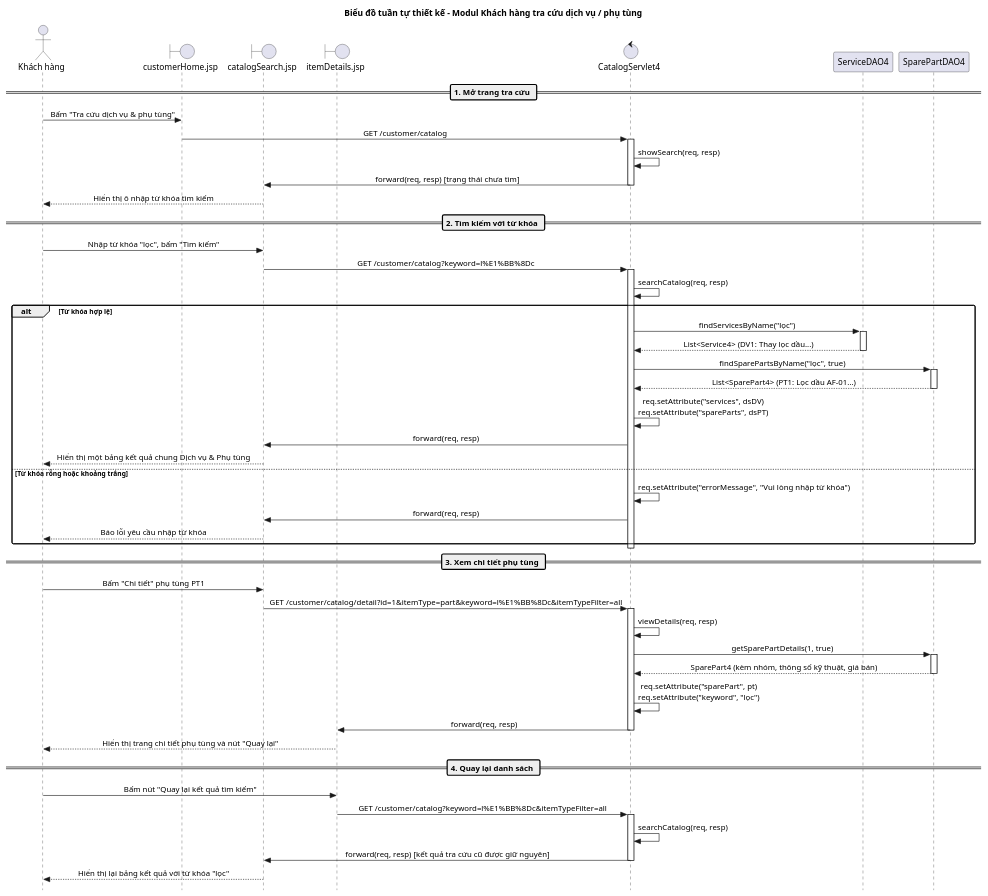
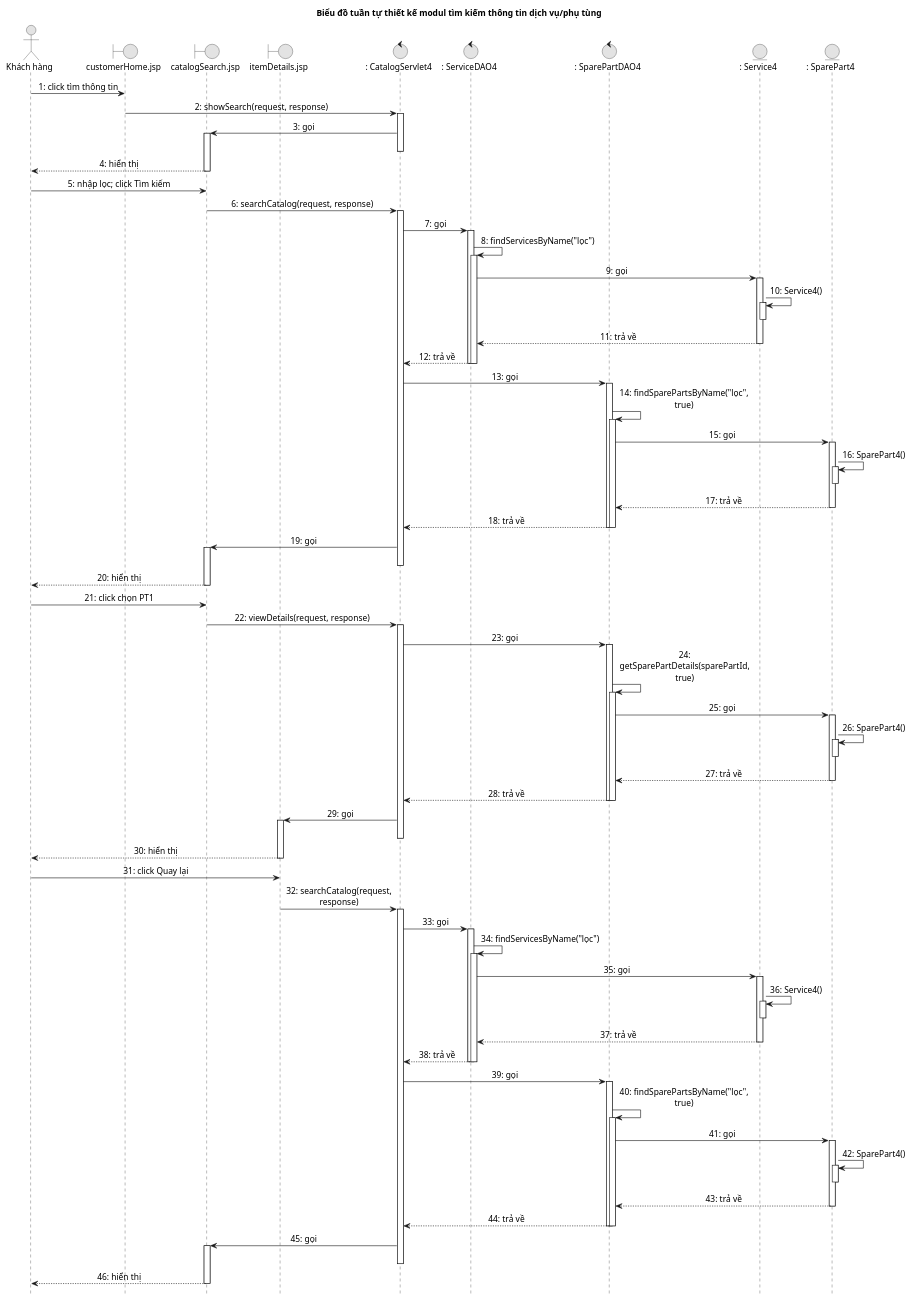
One commit to thanhdt05/Garaman changed the diagram in app/docs/diagrams/tuan_tu_tra_cuu.puml. Above: the diagram before and after it, drawn with PlantUML. The commit also changed 23 other files, not shown here.

```diff
--- a/app/docs/diagrams/tuan_tu_tra_cuu.puml
+++ b/app/docs/diagrams/tuan_tu_tra_cuu.puml
@@ -1,77 +1,125 @@
 @startuml
-skinparam style strictuml
+skinparam monochrome true
+skinparam shadowing false
+skinparam defaultFontName "Times New Roman"
+skinparam defaultFontSize 14
 skinparam sequenceMessageAlign center
-skinparam shadowing false
-skinparam roundcorner 5
+skinparam maxMessageSize 240
+skinparam ParticipantPadding 16
+skinparam responseMessageBelowArrow true
+hide footbox
 
-actor "Khách hàng" as Khach
-boundary "customerHome.jsp" as UI_Home
-boundary "catalogSearch.jsp" as UI_Search
-boundary "itemDetails.jsp" as UI_Detail
-control "CatalogServlet4" as Servlet
-participant "ServiceDAO4" as ServiceDAO
-participant "SparePartDAO4" as PartDAO
+title Biểu đồ tuần tự thiết kế modul tìm kiếm thông tin dịch vụ/phụ tùng
+actor "Khách hàng" as A
+boundary "customerHome.jsp" as Home
+boundary "catalogSearch.jsp" as Search
+boundary "itemDetails.jsp" as Detail
+control ": CatalogServlet4" as C
+control ": ServiceDAO4" as SD
+control ": SparePartDAO4" as PD
+entity ": Service4" as S
+entity ": SparePart4" as P
 
-title Biểu đồ tuần tự thiết kế - Modul Khách hàng tra cứu dịch vụ / phụ tùng
-
-== 1. Mở trang tra cứu ==
-Khach -> UI_Home : Bấm "Tra cứu dịch vụ & phụ tùng"
-UI_Home -> Servlet : GET /customer/catalog
-activate Servlet
-Servlet -> Servlet : showSearch(req, resp)
-Servlet -> UI_Search : forward(req, resp) [trạng thái chưa tìm]
-deactivate Servlet
-UI_Search --> Khach : Hiển thị ô nhập từ khóa tìm kiếm
-
-== 2. Tìm kiếm với từ khóa ==
-Khach -> UI_Search : Nhập từ khóa "lọc", bấm "Tìm kiếm"
-UI_Search -> Servlet : GET /customer/catalog?keyword=l%E1%BB%8Dc
-activate Servlet
-Servlet -> Servlet : searchCatalog(req, resp)
-
-alt Từ khóa hợp lệ
-    Servlet -> ServiceDAO : findServicesByName("lọc")
-    activate ServiceDAO
-    ServiceDAO --> Servlet : List<Service4> (DV1: Thay lọc dầu...)
-    deactivate ServiceDAO
-
-    Servlet -> PartDAO : findSparePartsByName("lọc", true)
-    activate PartDAO
-    PartDAO --> Servlet : List<SparePart4> (PT1: Lọc dầu AF-01...)
-    deactivate PartDAO
-
-    Servlet -> Servlet : req.setAttribute("services", dsDV)\nreq.setAttribute("spareParts", dsPT)
-    Servlet -> UI_Search : forward(req, resp)
-    UI_Search --> Khach : Hiển thị một bảng kết quả chung Dịch vụ & Phụ tùng
-else Từ khóa rỗng hoặc khoảng trắng
-    Servlet -> Servlet : req.setAttribute("errorMessage", "Vui lòng nhập từ khóa")
-    Servlet -> UI_Search : forward(req, resp)
-    UI_Search --> Khach : Báo lỗi yêu cầu nhập từ khóa
-end
-deactivate Servlet
-
-== 3. Xem chi tiết phụ tùng ==
-Khach -> UI_Search : Bấm "Chi tiết" phụ tùng PT1
-UI_Search -> Servlet : GET /customer/catalog/detail?id=1&itemType=part&keyword=l%E1%BB%8Dc&itemTypeFilter=all
-activate Servlet
-Servlet -> Servlet : viewDetails(req, resp)
-Servlet -> PartDAO : getSparePartDetails(1, true)
-activate PartDAO
-PartDAO --> Servlet : SparePart4 (kèm nhóm, thông số kỹ thuật, giá bán)
-deactivate PartDAO
-
-Servlet -> Servlet : req.setAttribute("sparePart", pt)\nreq.setAttribute("keyword", "lọc")
-Servlet -> UI_Detail : forward(req, resp)
-deactivate Servlet
-UI_Detail --> Khach : Hiển thị trang chi tiết phụ tùng và nút "Quay lại"
-
-== 4. Quay lại danh sách ==
-Khach -> UI_Detail : Bấm nút "Quay lại kết quả tìm kiếm"
-UI_Detail -> Servlet : GET /customer/catalog?keyword=l%E1%BB%8Dc&itemTypeFilter=all
-activate Servlet
-Servlet -> Servlet : searchCatalog(req, resp)
-Servlet -> UI_Search : forward(req, resp) [kết quả tra cứu cũ được giữ nguyên]
-deactivate Servlet
-UI_Search --> Khach : Hiển thị lại bảng kết quả với từ khóa "lọc"
-
+A -> Home : 1: click tìm thông tin
+Home -> C : 2: showSearch(request, response)
+activate C
+C -> Search : 3: gọi
+activate Search
+deactivate C
+Search --> A : 4: hiển thị
+deactivate Search
+A -> Search : 5: nhập lọc; click Tìm kiếm
+Search -> C : 6: searchCatalog(request, response)
+activate C
+C -> SD : 7: gọi
+activate SD
+SD -> SD : 8: findServicesByName("lọc")
+activate SD
+SD -> S : 9: gọi
+activate S
+S -> S : 10: Service4()
+activate S
+deactivate S
+S --> SD : 11: trả về
+deactivate S
+SD --> C : 12: trả về
+deactivate SD
+deactivate SD
+C -> PD : 13: gọi
+activate PD
+PD -> PD : 14: findSparePartsByName("lọc", true)
+activate PD
+PD -> P : 15: gọi
+activate P
+P -> P : 16: SparePart4()
+activate P
+deactivate P
+P --> PD : 17: trả về
+deactivate P
+PD --> C : 18: trả về
+deactivate PD
+deactivate PD
+C -> Search : 19: gọi
+activate Search
+deactivate C
+Search --> A : 20: hiển thị
+deactivate Search
+A -> Search : 21: click chọn PT1
+Search -> C : 22: viewDetails(request, response)
+activate C
+C -> PD : 23: gọi
+activate PD
+PD -> PD : 24: getSparePartDetails(sparePartId, true)
+activate PD
+PD -> P : 25: gọi
+activate P
+P -> P : 26: SparePart4()
+activate P
+deactivate P
+P --> PD : 27: trả về
+deactivate P
+PD --> C : 28: trả về
+deactivate PD
+deactivate PD
+C -> Detail : 29: gọi
+activate Detail
+deactivate C
+Detail --> A : 30: hiển thị
+deactivate Detail
+A -> Detail : 31: click Quay lại
+Detail -> C : 32: searchCatalog(request, response)
+activate C
+C -> SD : 33: gọi
+activate SD
+SD -> SD : 34: findServicesByName("lọc")
+activate SD
+SD -> S : 35: gọi
+activate S
+S -> S : 36: Service4()
+activate S
+deactivate S
+S --> SD : 37: trả về
+deactivate S
+SD --> C : 38: trả về
+deactivate SD
+deactivate SD
+C -> PD : 39: gọi
+activate PD
+PD -> PD : 40: findSparePartsByName("lọc", true)
+activate PD
+PD -> P : 41: gọi
+activate P
+P -> P : 42: SparePart4()
+activate P
+deactivate P
+P --> PD : 43: trả về
+deactivate P
+PD --> C : 44: trả về
+deactivate PD
+deactivate PD
+C -> Search : 45: gọi
+activate Search
+deactivate C
+Search --> A : 46: hiển thị
+deactivate Search
 @enduml
```
